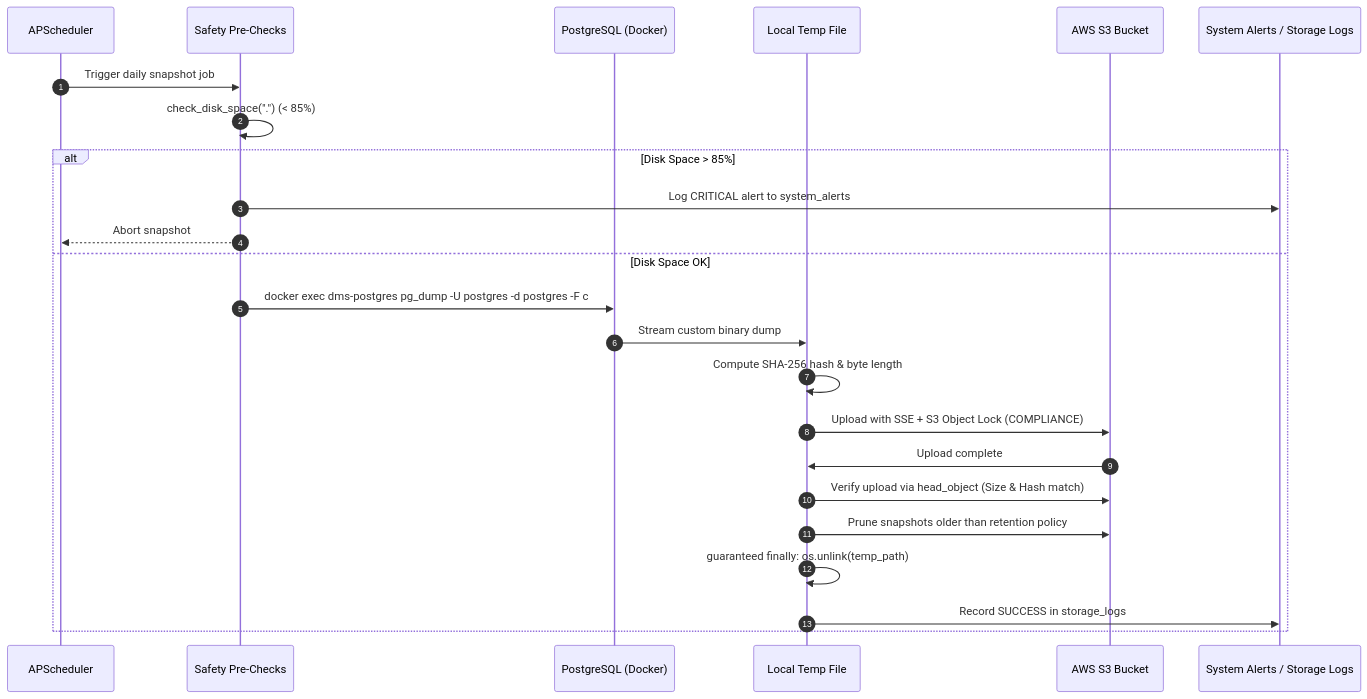
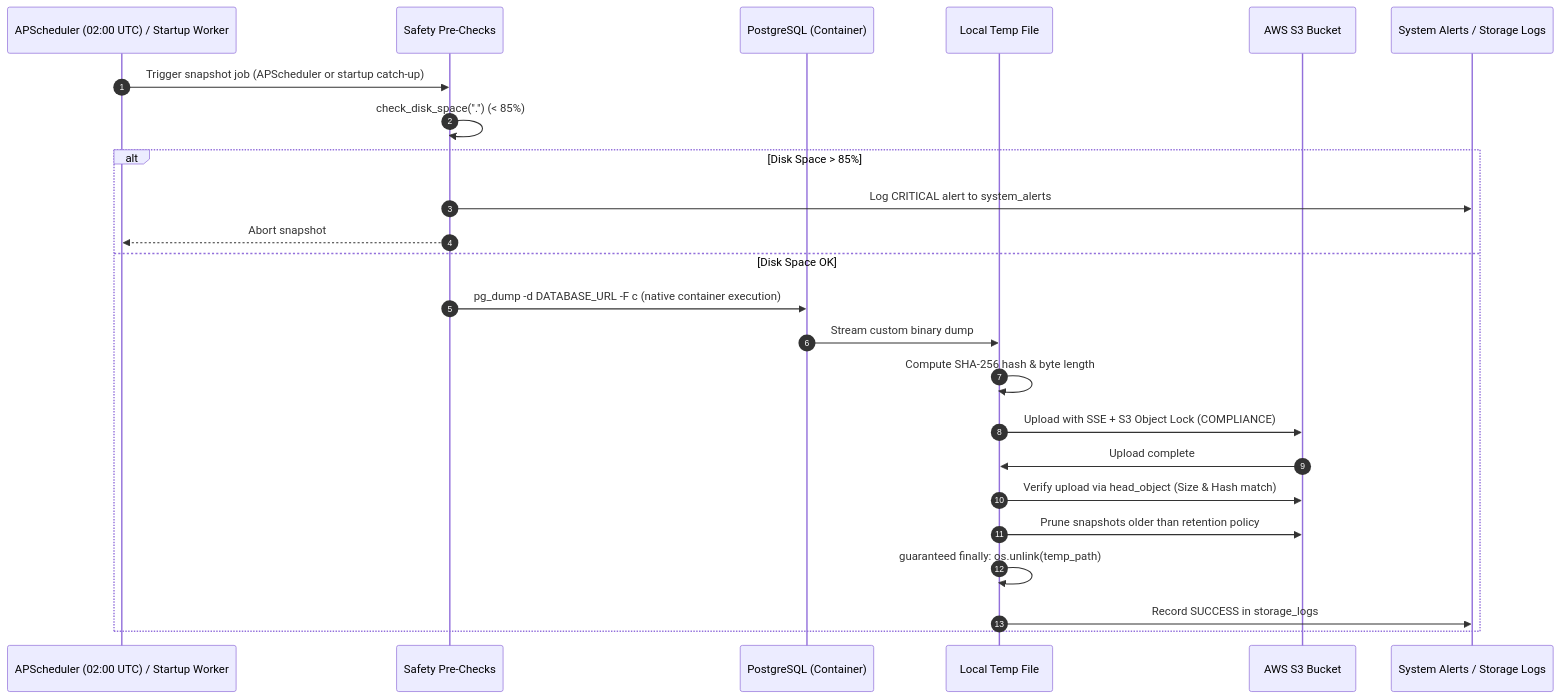
One commit to unknown-spec10/Document-handler changed the diagram in docs_wiki/operations/backup_and_recovery.md. Above: the diagram before and after it, drawn with Mermaid. The commit also changed other lines of this file and 4 other files, not shown here.

Commit message:
Synchronize docs_wiki with latest container architecture, in-app updater, and catch-up backup

````diff
--- a/docs_wiki/operations/backup_and_recovery.md
+++ b/docs_wiki/operations/backup_and_recovery.md
@@ -11,27 +14,27 @@
 ```mermaid
 sequenceDiagram
     autonumber
-    participant Sched as APScheduler
+    participant Trigger as APScheduler (02:00 UTC) / Startup Worker
     participant Pre as Safety Pre-Checks
-    participant Docker as PostgreSQL (Docker)
+    participant Docker as PostgreSQL (Container)
     participant Temp as Local Temp File
     participant S3 as AWS S3 Bucket
     participant DB as System Alerts / Storage Logs
 
-    Sched->>Pre: Trigger daily snapshot job
+    Trigger->>Pre: Trigger snapshot job (APScheduler or startup catch-up)
     Pre->>Pre: check_disk_space(".") (< 85%)
     alt Disk Space > 85%
         Pre->>DB: Log CRITICAL alert to system_alerts
-        Pre-->>Sched: Abort snapshot
+        Pre-->>Trigger: Abort snapshot
     else Disk Space OK
-        Pre->>Docker: docker exec dms-postgres pg_dump -U postgres -d postgres -F c
+        Pre->>Docker: pg_dump -d DATABASE_URL -F c (native container execution)
         Docker->>Temp: Stream custom binary dump
         Temp->>Temp: Compute SHA-256 hash & byte length
         Temp->>S3: Upload with SSE + S3 Object Lock (COMPLIANCE)
         S3->>Temp: Upload complete
         Temp->>S3: Verify upload via head_object (Size & Hash match)
         Temp->>S3: Prune snapshots older than retention policy
         Temp->>Temp: guaranteed finally: os.unlink(temp_path)
         Temp->>DB: Record SUCCESS in storage_logs
     end
 ```
````
